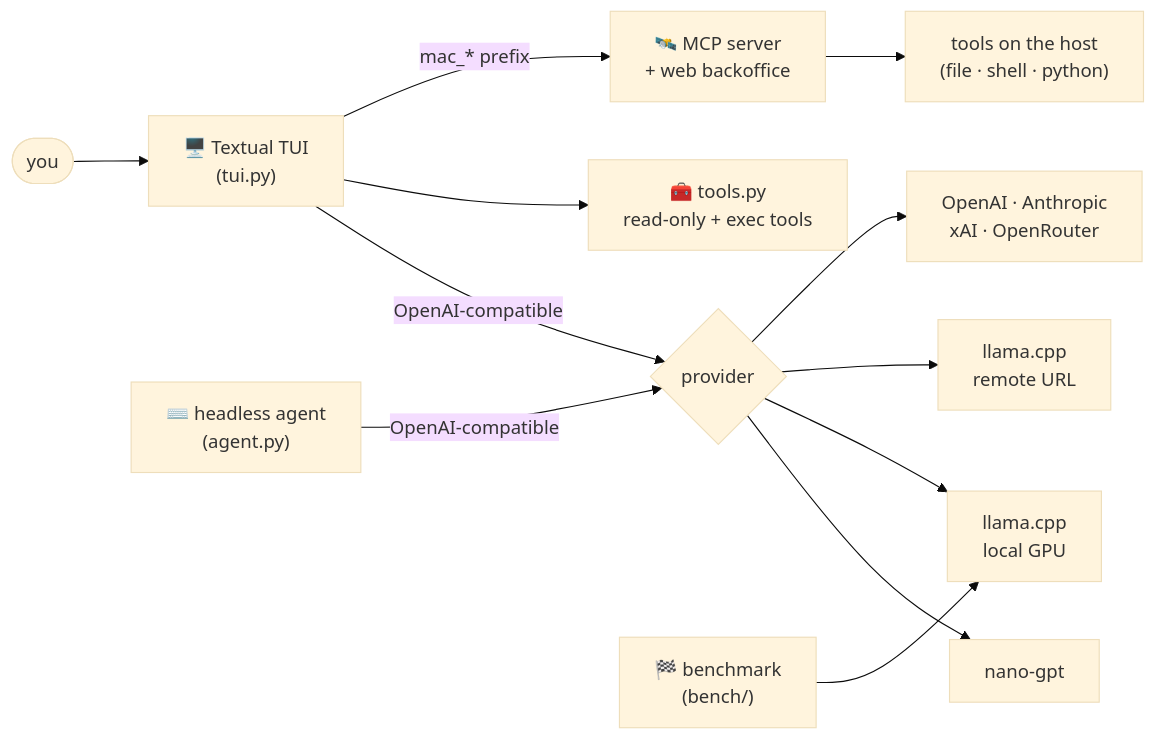
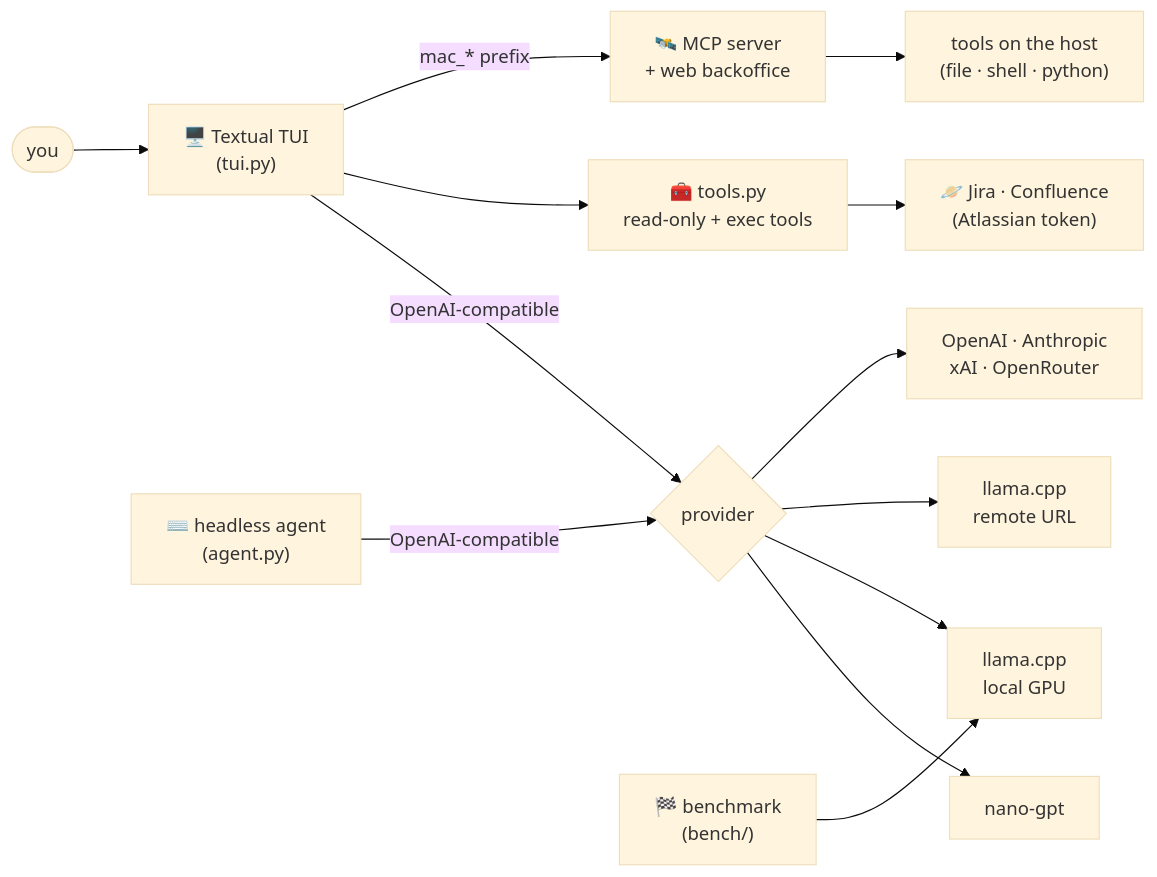
Before and after one commit to ajaniramon/raiko-toolkit: the diagram in README.md, drawn with Mermaid (base theme). The commit also changed other lines of this file, not shown here.

Commit message:
README: highlight Jira + Confluence integration
Add an Atlassian highlight row (Jira + Confluence tools, shared token) and an
Atlassian node in the architecture diagram. The per-tool sections already landed
with the jira/confluence PRs.

````diff
--- a/README.md
+++ b/README.md
@@ -42,15 +43,16 @@
 ```mermaid
 flowchart LR
   you([you]) --> tui["🖥️ Textual TUI<br/>(tui.py)"]
   cli["⌨️ headless agent<br/>(agent.py)"]
   tui -->|OpenAI-compatible| P{provider}
   cli -->|OpenAI-compatible| P
   P --> nano[nano-gpt]
   P --> local["llama.cpp<br/>local GPU"]
   P --> remote["llama.cpp<br/>remote URL"]
   P --> cloud["OpenAI · Anthropic<br/>xAI · OpenRouter"]
   tui --> T["🧰 tools.py<br/>read-only + exec tools"]
+  T --> A["🪐 Jira · Confluence<br/>(Atlassian token)"]
   tui -->|mac_* prefix| M["🛰️ MCP server<br/>+ web backoffice"]
   M --> T2["tools on the host<br/>(file · shell · python)"]
   B["🏁 benchmark<br/>(bench/)"] --> local
 ```
````
